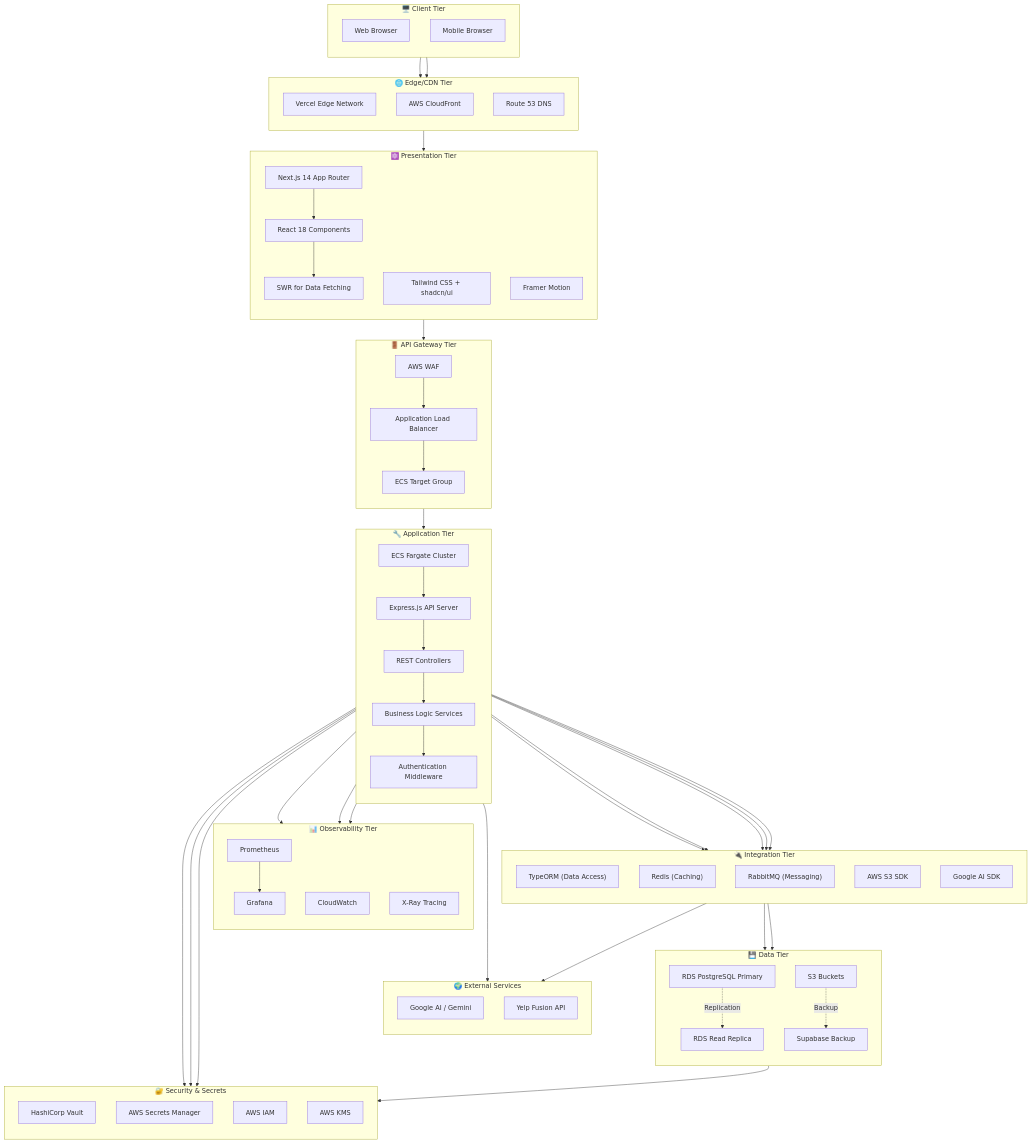
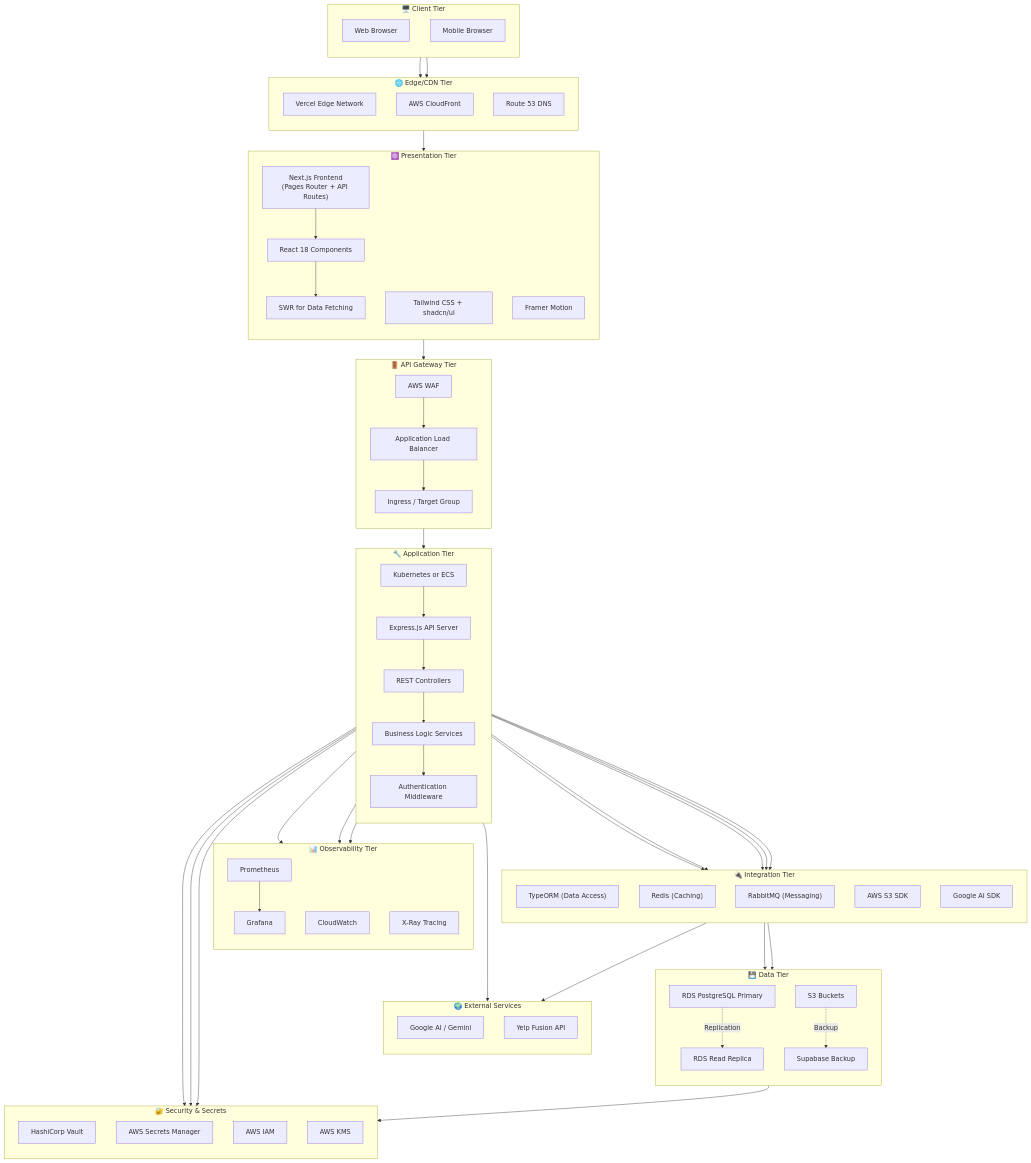
The second of 34 diagrams in ARCHITECTURE.md (hoangsonww/PetSwipe-Match-App), drawn with Mermaid before and after one commit. The commit also changed other lines of this file and 126 other files, not shown here.

```diff
--- a/ARCHITECTURE.md
+++ b/ARCHITECTURE.md
@@ -88,7 +88,7 @@
 
     subgraph Presentation["⚛️ Presentation Tier"]
         direction TB
-        NextJS["Next.js 14 App Router"]
+        NextJS["Next.js Frontend<br/>(Pages Router + API Routes)"]
         React["React 18 Components"]
         SWR["SWR for Data Fetching"]
         TailwindCSS["Tailwind CSS + shadcn/ui"]
@@ -98,13 +98,13 @@
     subgraph Gateway["🚪 API Gateway Tier"]
         direction TB
         ALB["Application Load Balancer"]
-        TargetGroup["ECS Target Group"]
+        TargetGroup["Ingress / Target Group"]
         WAF["AWS WAF"]
     end
 
     subgraph Application["🔧 Application Tier"]
         direction TB
-        ECS["ECS Fargate Cluster"]
+        ECS["Kubernetes or ECS"]
         Express["Express.js API Server"]
         Controllers["REST Controllers"]
         Services["Business Logic Services"]
```
